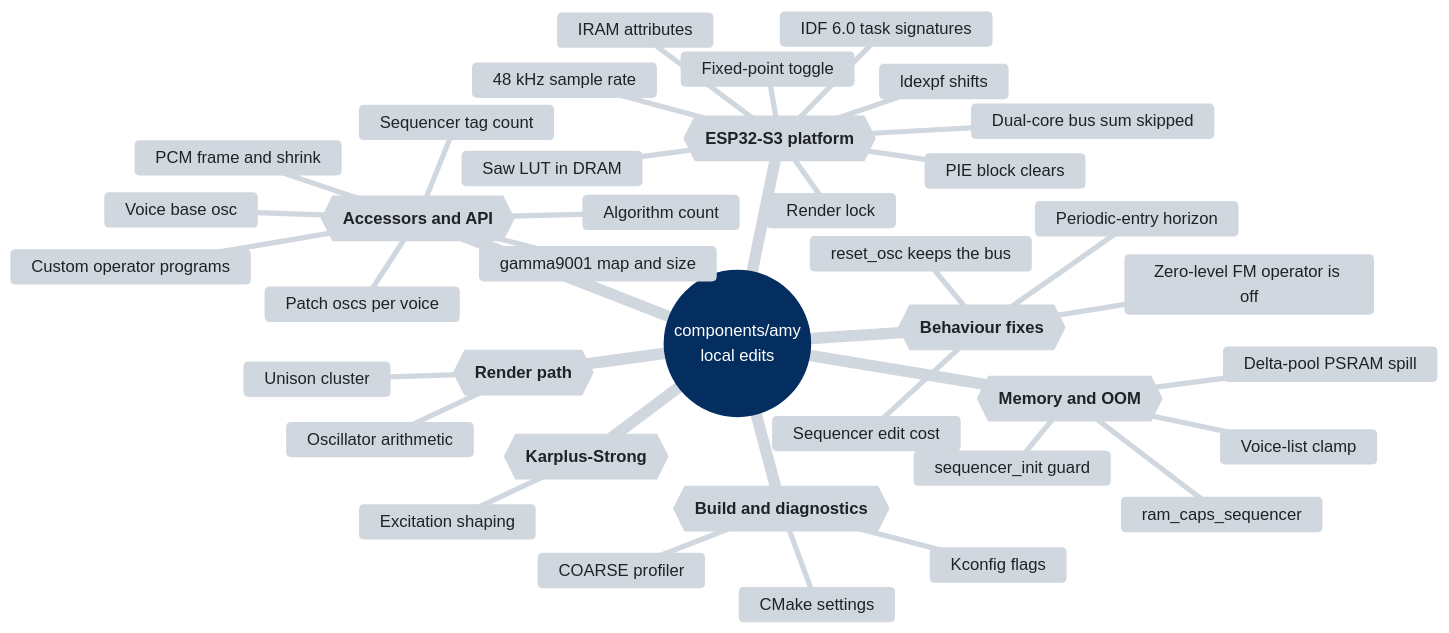
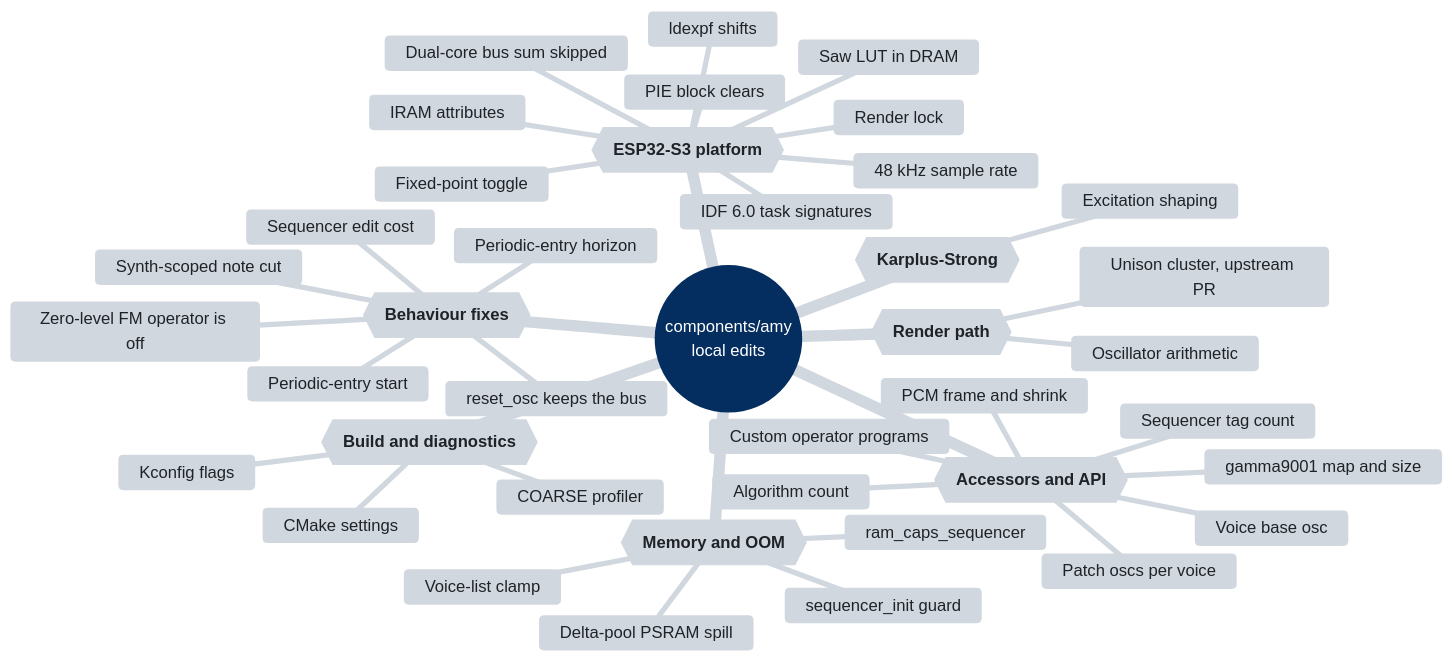
The diagram in AMY-EDITS.md (rt-rtos/S3-Amysynth), drawn with Mermaid before and after one commit. The commit also changed other lines of this file and 108 other files, not shown here.

````diff
--- a/AMY-EDITS.md
+++ b/AMY-EDITS.md
@@ -16,53 +16,55 @@
 ```mermaid
 %%{init: {"theme": "base", "themeCSS": ".mindmap-node polygon { fill: #afb8c1 !important; }", "themeVariables": {
   "primaryColor": "#0969da", "primaryTextColor": "#ffffff", "lineColor": "#8c959f",
   "cScale0": "#d0d7de", "cScaleLabel0": "#1f2328",
   "cScale1": "#d0d7de", "cScaleLabel1": "#1f2328",
   "cScale2": "#d0d7de", "cScaleLabel2": "#1f2328",
   "cScale3": "#d0d7de", "cScaleLabel3": "#1f2328",
   "cScale4": "#d0d7de", "cScaleLabel4": "#1f2328",
   "cScale5": "#d0d7de", "cScaleLabel5": "#1f2328",
   "cScale6": "#d0d7de", "cScaleLabel6": "#1f2328",
   "cScale7": "#d0d7de", "cScaleLabel7": "#1f2328",
   "cScale8": "#d0d7de", "cScaleLabel8": "#1f2328"
 }}}%%
 mindmap
   root((components/amy<br/>local edits))
     c1{{"`**ESP32-S3 platform**`"}}
       48 kHz sample rate
       Fixed-point toggle
       ldexpf shifts
       Render lock
       PIE block clears
       IRAM attributes
       Saw LUT in DRAM
       IDF 6.0 task signatures
       Dual-core bus sum skipped
     c2{{"`**Memory and OOM**`"}}
       Delta-pool PSRAM spill
       sequencer_init guard
       ram_caps_sequencer
       Voice-list clamp
     c3{{"`**Render path**`"}}
       Oscillator arithmetic
-      Unison cluster
+      Unison cluster, upstream PR
     c4{{"`**Karplus-Strong**`"}}
       Excitation shaping
     c5{{"`**Accessors and API**`"}}
       PCM frame and shrink
       gamma9001 map and size
       Voice base osc
       Patch oscs per voice
       Algorithm count
       Custom operator programs
       Sequencer tag count
     c6{{"`**Behaviour fixes**`"}}
       Periodic-entry horizon
+      Periodic-entry start
+      Synth-scoped note cut
       Sequencer edit cost
       reset_osc keeps the bus
       Zero-level FM operator is off
     c7{{"`**Build and diagnostics**`"}}
       Kconfig flags
       CMake settings
       COARSE profiler
 ```
````
